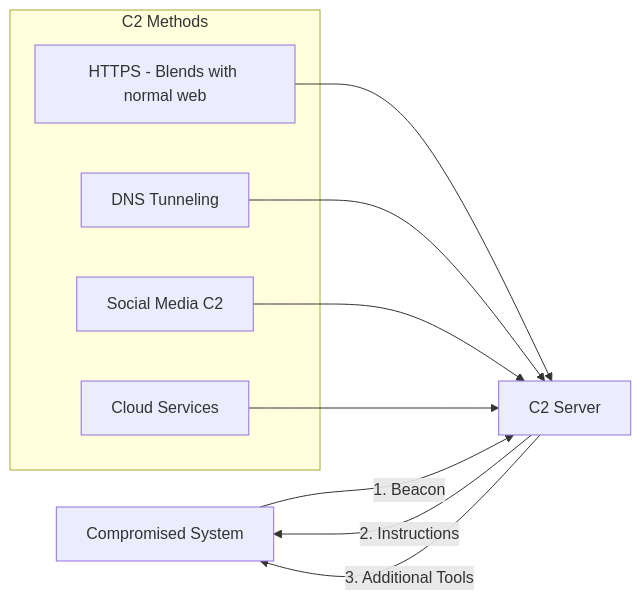
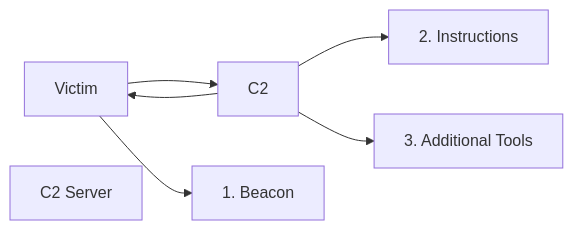
One commit to manojxshrestha/SOC-Analyst-Cheatsheet changed the eighth of 28 diagrams in 1-Incident-Handling-Process/README.md. Above: the diagram before and after it, drawn with Mermaid. The commit also changed other lines of this file, not shown here.

````diff
--- a/1-Incident-Handling-Process/README.md
+++ b/1-Incident-Handling-Process/README.md
@@ -272,18 +251,14 @@
 ```mermaid
-graph LR
-    Victim[Compromised System] -->|1. Beacon| C2[C2 Server]
-    C2 -->|2. Instructions| Victim
-    C2 -->|3. Additional Tools| Victim
+flowchart LR
+    Victim --> C2
+    C2 --> Victim
     
-    subgraph "C2 Methods"
-        HTTPS[HTTPS - Blends with normal web]
-        DNS[DNS Tunneling]
-        Social[Social Media C2]
-        Cloud[Cloud Services]
-    end
+    C2_Server[C2 Server]
+    Beacon[1. Beacon]
+    Instructions[2. Instructions]
+    Additional_Tools[3. Additional Tools]
     
-    HTTPS --> C2
-    DNS --> C2
-    Social --> C2
-    Cloud --> C2
+    Victim --> Beacon
+    C2 --> Instructions
+    C2 --> Additional_Tools
 ```
````
